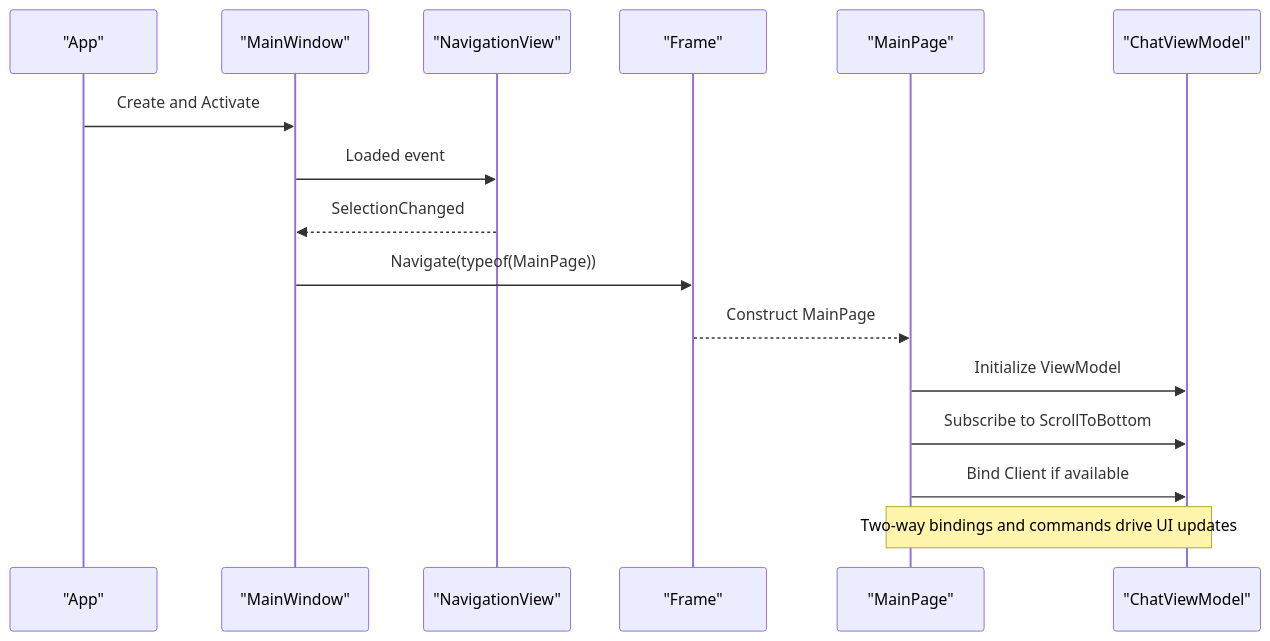
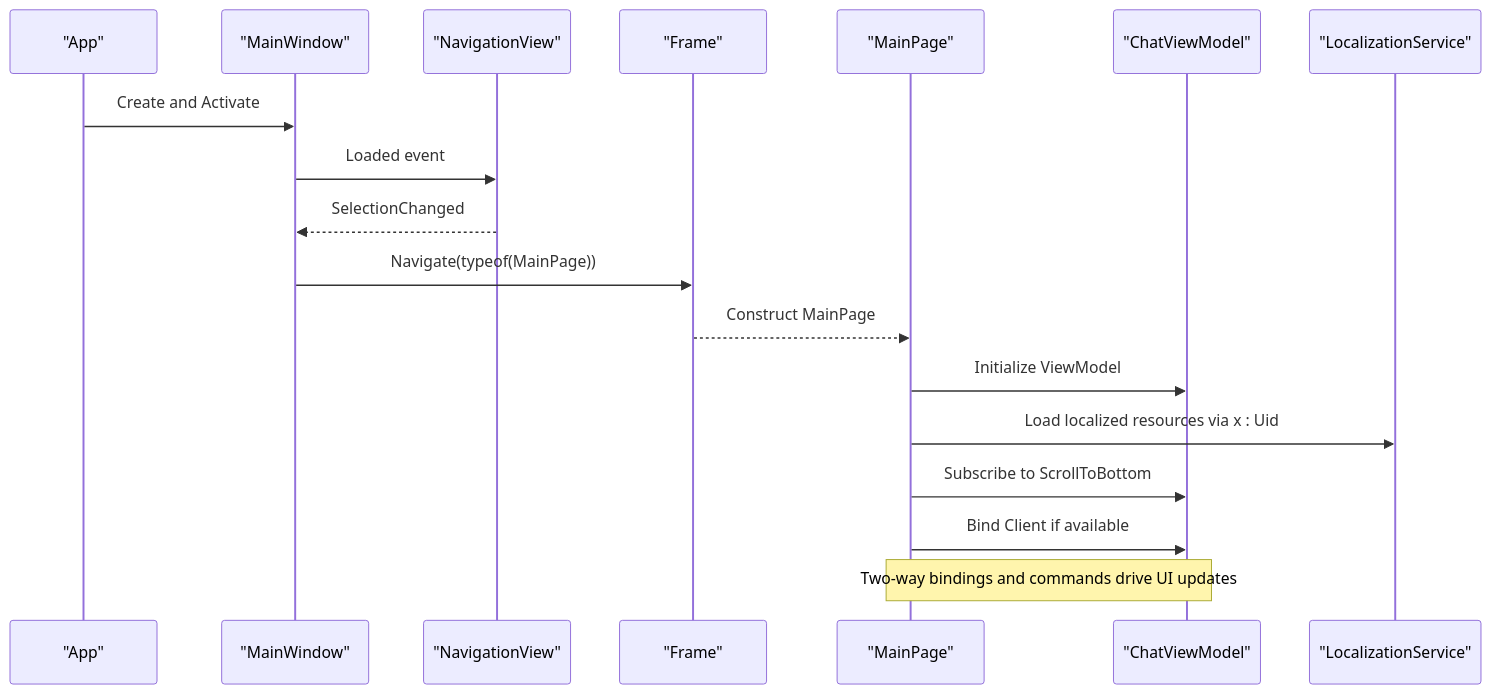
One commit to AgenticDesktop/App changed the second of 9 diagrams in .qoder/repowiki/en/content/Architecture Overview/UI Framework and Navigation.md. Above: the diagram before and after it, drawn with Mermaid. The commit also changed other lines of this file and 22 other files, not shown here.

````diff
--- a/.qoder/repowiki/en/content/Architecture Overview/UI Framework and Navigation.md
+++ b/.qoder/repowiki/en/content/Architecture Overview/UI Framework and Navigation.md
@@ -100,18 +115,20 @@
 ```mermaid
 sequenceDiagram
 participant App as "App"
 participant Win as "MainWindow"
 participant Nav as "NavigationView"
 participant Frame as "Frame"
 participant Page as "MainPage"
 participant VM as "ChatViewModel"
+participant Loc as "LocalizationService"
 App->>Win : Create and Activate
 Win->>Nav : Loaded event
 Nav-->>Win : SelectionChanged
 Win->>Frame : Navigate(typeof(MainPage))
 Frame-->>Page : Construct MainPage
 Page->>VM : Initialize ViewModel
+Page->>Loc : Load localized resources via x : Uid
 Page->>VM : Subscribe to ScrollToBottom
 Page->>VM : Bind Client if available
 Note over Page,VM : Two-way bindings and commands drive UI updates
 ```
````
